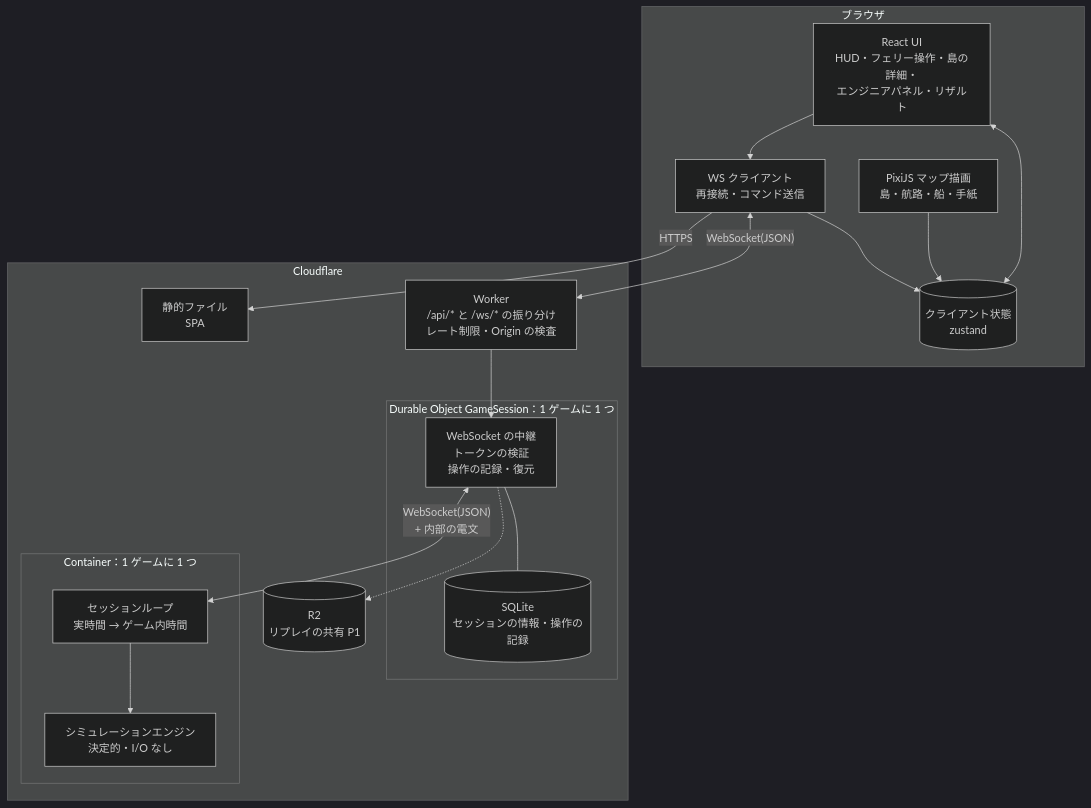
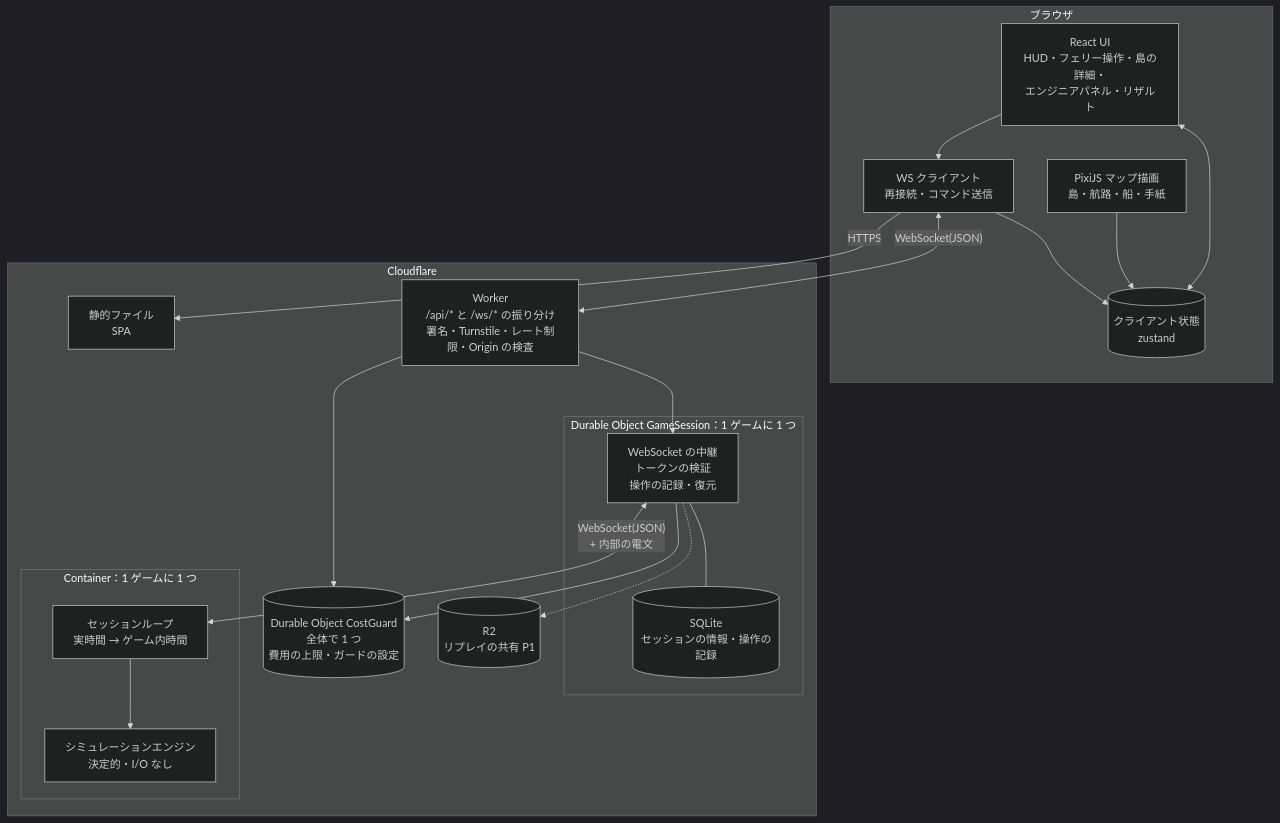
Before and after one commit to K-Kizuku/raft-game: the second of 9 diagrams in docs/02-architecture.md, drawn with Mermaid (dark theme). The commit also changed other lines of this file and 19 other files, not shown here.

````diff
--- a/docs/02-architecture.md
+++ b/docs/02-architecture.md
@@ -48,35 +48,38 @@
 ```mermaid
 flowchart TB
     subgraph browser[ブラウザ]
         ui[React UI<br/>HUD・フェリー操作・島の詳細・<br/>エンジニアパネル・リザルト]
         pixi[PixiJS マップ描画<br/>島・航路・船・手紙]
         store[(クライアント状態<br/>zustand)]
         net[WS クライアント<br/>再接続・コマンド送信]
         ui <--> store
         pixi --> store
         ui --> net
         net --> store
     end
 
     subgraph cf[Cloudflare]
         assets[静的ファイル<br/>SPA]
-        worker[Worker<br/>/api/* と /ws/* の振り分け<br/>レート制限・Origin の検査]
+        worker[Worker<br/>/api/* と /ws/* の振り分け<br/>署名・Turnstile・レート制限・Origin の検査]
+        guard[(Durable Object CostGuard<br/>全体で 1 つ<br/>費用の上限・ガードの設定)]
         subgraph dobox[Durable Object GameSession：1 ゲームに 1 つ]
             dobj[WebSocket の中継<br/>トークンの検証<br/>操作の記録・復元]
             sqlite[(SQLite<br/>セッションの情報・操作の記録)]
             dobj --- sqlite
         end
         subgraph ctr[Container：1 ゲームに 1 つ]
             loop[セッションループ<br/>実時間 → ゲーム内時間]
             sim[シミュレーションエンジン<br/>決定的・I/O なし]
             loop --> sim
         end
         r2[(R2<br/>リプレイの共有 P1)]
     end
 
     net -- HTTPS --> assets
     net <-- "WebSocket(JSON)" --> worker
+    worker --> guard
     worker --> dobj
+    dobj --> guard
     dobj <-- "WebSocket(JSON)<br/>+ 内部の電文" --> loop
     dobj -.-> r2
 ```
````
